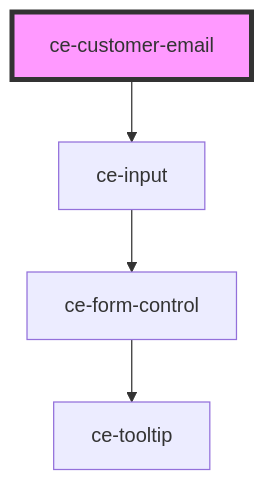
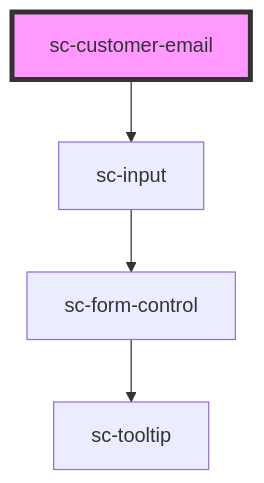
Before and after one commit to surecart/surecart-wp-plugin: the diagram in packages/components/src/components/controllers/checkout-form/customer-email/readme.md, drawn with Mermaid. The commit also changed other lines of this file and 1281 other files, not shown here.

````diff
--- a/packages/components/src/components/controllers/checkout-form/customer-email/readme.md
+++ b/packages/components/src/components/controllers/checkout-form/customer-email/readme.md
@@ -49,7 +49,7 @@
 ```mermaid
 graph TD;
-  ce-customer-email --> ce-input
-  ce-input --> ce-form-control
-  ce-form-control --> ce-tooltip
-  style ce-customer-email fill:#f9f,stroke:#333,stroke-width:4px
+  sc-customer-email --> sc-input
+  sc-input --> sc-form-control
+  sc-form-control --> sc-tooltip
+  style sc-customer-email fill:#f9f,stroke:#333,stroke-width:4px
 ```
````
